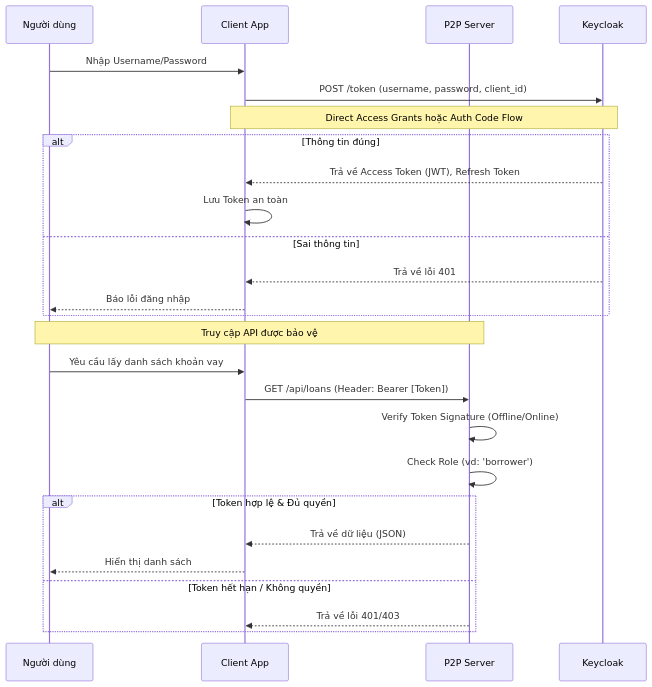
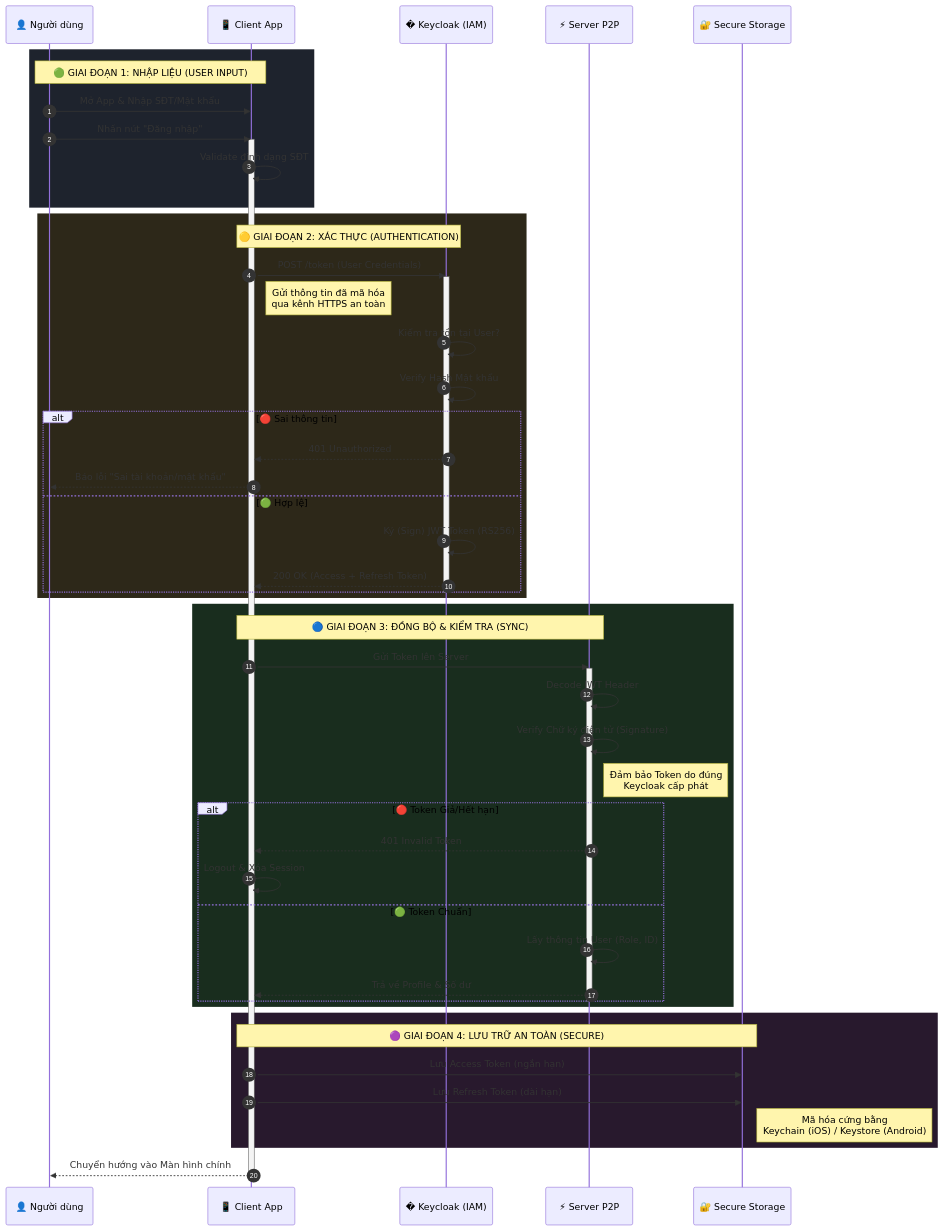
The diagram in docs/docs/architecture/auth-keycloak.md (TruonggGiangg/p2p-do-an), drawn with Mermaid before and after one commit. The commit also changed other lines of this file and 5 other files, not shown here.

Commit message:
feat: Set up Docusaurus documentation with initial content, configuration, and Mermaid zoom functionality.

````diff
--- a/docs/docs/architecture/auth-keycloak.md
+++ b/docs/docs/architecture/auth-keycloak.md
@@ -40,34 +25,73 @@
 ```mermaid
 sequenceDiagram
-    participant User as Người dùng
-    participant App as Client App
-    participant SV as P2P Server
-    participant KC as Keycloak
-
-    User->>App: Nhập Username/Password
-    App->>KC: POST /token (username, password, client_id)
-    Note over App, KC: Direct Access Grants hoặc Auth Code Flow
+    autonumber
     
-    alt Thông tin đúng
-        KC-->>App: Trả về Access Token (JWT), Refresh Token
-        App->>App: Lưu Token an toàn
-    else Sai thông tin
-        KC-->>App: Trả về lỗi 401
-        App-->>User: Báo lỗi đăng nhập
+    %% Config
+    participant User as 👤 Người dùng
+    participant App as 📱 Client App
+    participant KC as �️ Keycloak (IAM)
+    participant Server as ⚡ Server P2P
+    participant Store as 🔐 Secure Storage
+    
+    %% PHASE 1
+    rect rgb(30, 35, 45)
+        Note over User, App: 🟢 GIAI ĐOẠN 1: NHẬP LIỆU (USER INPUT)
+        User->>App: Mở App & Nhập SĐT/Mật khẩu
+        User->>App: Nhấn nút "Đăng nhập"
+        activate App
+        App->>App: Validate định dạng SĐT
     end
-
-    Note over User, SV: Truy cập API được bảo vệ
-
-    User->>App: Yêu cầu lấy danh sách khoản vay
-    App->>SV: GET /api/loans (Header: Bearer [Token])
     
-    SV->>SV: Verify Token Signature (Offline/Online)
-    SV->>SV: Check Role (vd: 'borrower')
+    %% PHASE 2
+    rect rgb(45, 40, 25)
+        Note over App, KC: 🟡 GIAI ĐOẠN 2: XÁC THỰC (AUTHENTICATION)
+        App->>KC: POST /token (User Credentials)
+        activate KC
+        
+        Note right of App: Gửi thông tin đã mã hóa<br/>qua kênh HTTPS an toàn
+        
+        KC->>KC: Kiểm tra tồn tại User?
+        KC->>KC: Verify Hash Mật khẩu
+        
+        alt 🔴 Sai thông tin
+            KC-->>App: 401 Unauthorized
+            App-->>User: Báo lỗi "Sai tài khoản/mật khẩu"
+        else 🟢 Hợp lệ
+            KC->>KC: Ký (Sign) JWT Token (RS256)
+            KC-->>App: 200 OK (Access + Refresh Token)
+        end
+        deactivate KC
+    end
     
-    alt Token hợp lệ & Đủ quyền
-        SV-->>App: Trả về dữ liệu (JSON)
-        App-->>User: Hiển thị danh sách
-    else Token hết hạn / Không quyền
-        SV-->>App: Trả về lỗi 401/403
+    %% PHASE 3
+    rect rgb(25, 45, 30)
+        Note over App, Server: 🔵 GIAI ĐOẠN 3: ĐỒNG BỘ & KIỂM TRA (SYNC)
+        App->>Server: Gửi Token lên Server
+        activate Server
+        
+        Server->>Server: Decode JWT Header
+        Server->>Server: Verify Chữ ký điện tử (Signature)
+        note right of Server: Đảm bảo Token do đúng<br/>Keycloak cấp phát
+        
+        alt 🔴 Token Giả/Hết hạn
+            Server-->>App: 401 Invalid Token
+            App->>App: Logout & Xóa Session
+        else 🟢 Token Chuẩn
+            Server->>Server: Lấy thông tin User (Role, ID)
+            Server-->>App: Trả về Profile & Số dư
+        end
+        deactivate Server
     end
+    
+    %% PHASE 4
+    rect rgb(40, 25, 45)
+        Note over App, Store: 🟣 GIAI ĐOẠN 4: LƯU TRỮ AN TOÀN (SECURE)
+        App->>Store: Lưu Access Token (ngắn hạn)
+        App->>Store: Lưu Refresh Token (dài hạn)
+        note right of Store: Mã hóa cứng bằng<br/>Keychain (iOS) / Keystore (Android)
+    end
+    
+    %% DONE
+    App-->>User: Chuyển hướng vào Màn hình chính
+    deactivate App
 ```
````
